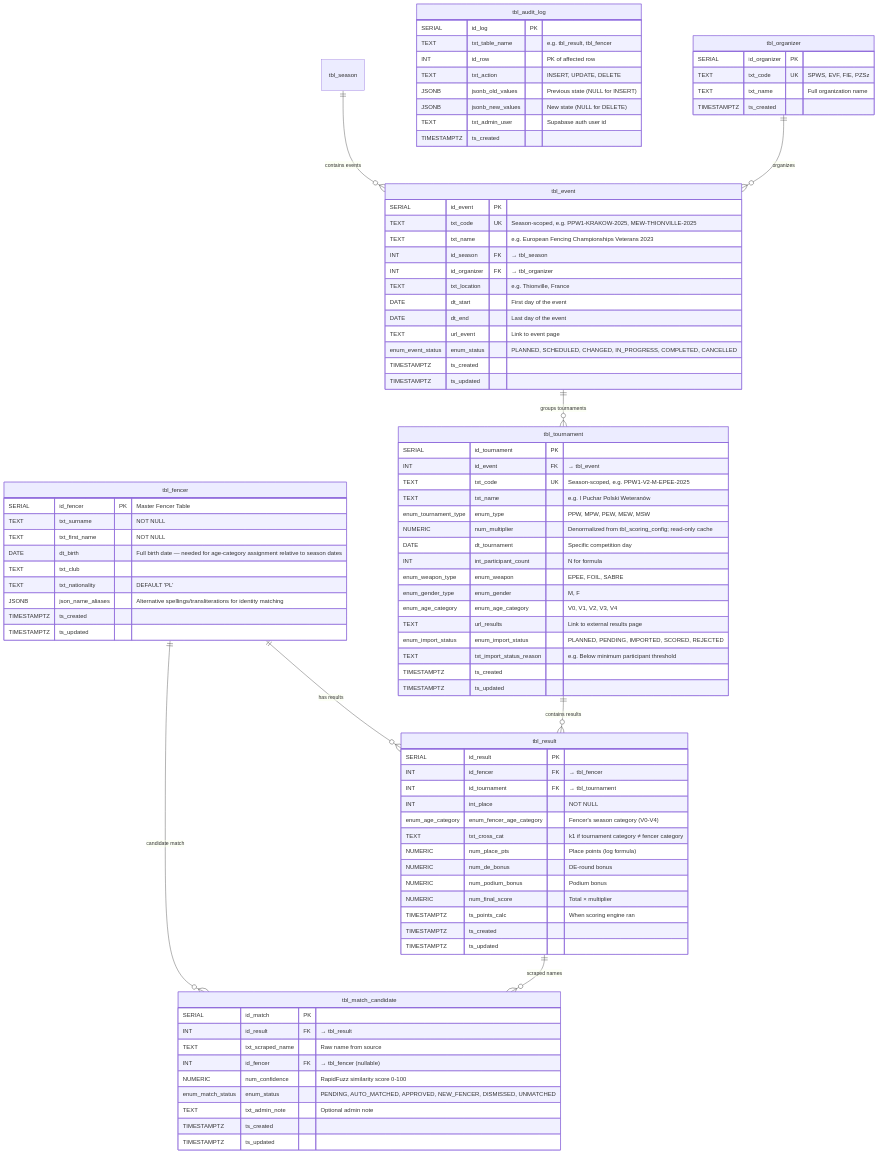
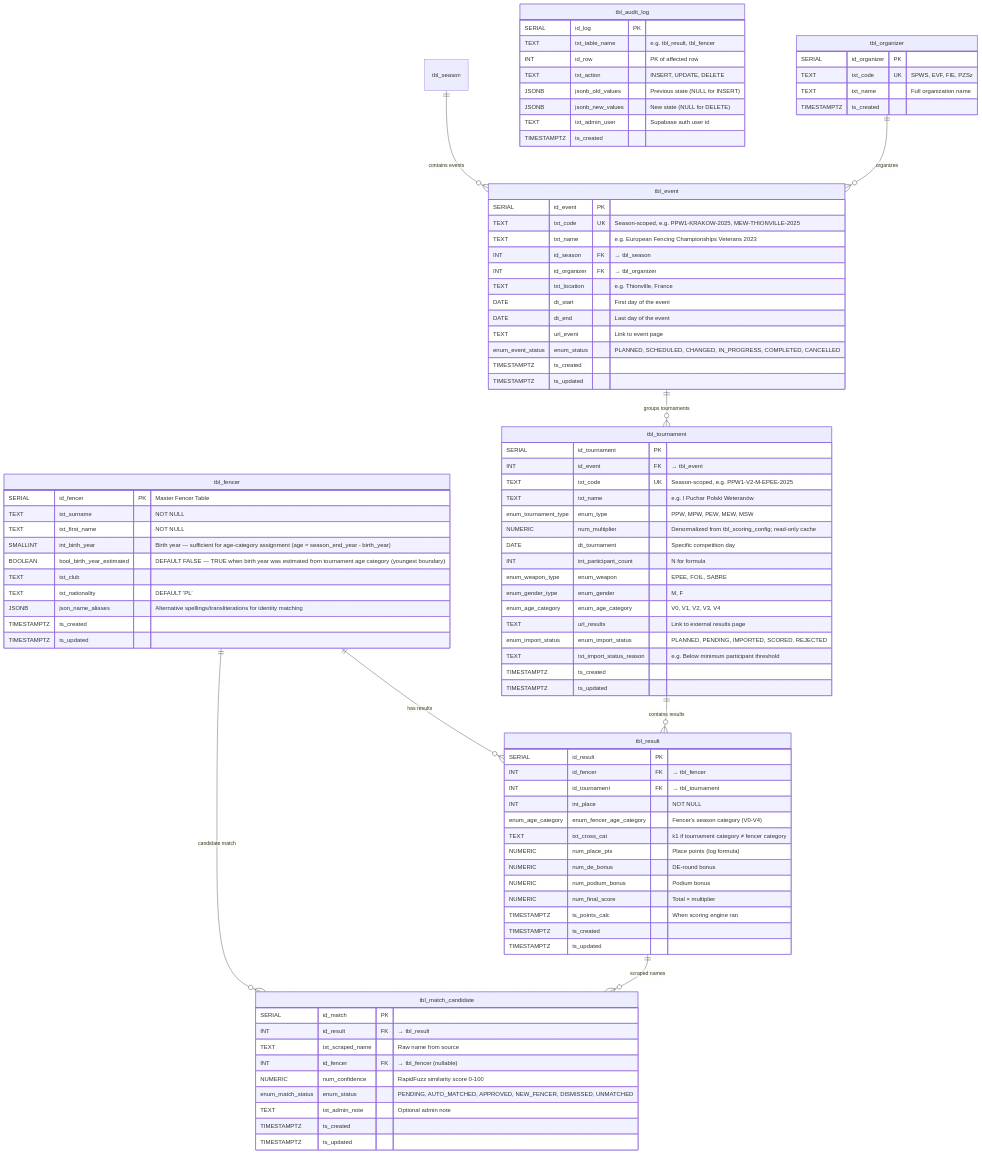
Before and after one commit to Fencer4Life/spws-automated-ranklist: the third of 6 diagrams in doc/Project Specification. SPWS Automated Ranklist System.md, drawn with Mermaid. The commit also changed other lines of this file and 227 other files, not shown here.

```diff
--- a/doc/Project Specification. SPWS Automated Ranklist System.md
+++ b/doc/Project Specification. SPWS Automated Ranklist System.md
@@ -802,7 +641,8 @@
         SERIAL id_fencer PK "Master Fencer Table"
         TEXT txt_surname "NOT NULL"
         TEXT txt_first_name "NOT NULL"
-        DATE dt_birth "Full birth date — needed for age-category assignment relative to season dates"
+        SMALLINT int_birth_year "Birth year — sufficient for age-category assignment (age = season_end_year - birth_year)"
+        BOOLEAN bool_birth_year_estimated "DEFAULT FALSE — TRUE when birth year was estimated from tournament age category (youngest boundary)"
         TEXT txt_club
         TEXT txt_nationality "DEFAULT 'PL'"
         JSONB json_name_aliases "Alternative spellings/transliterations for identity matching"
```
